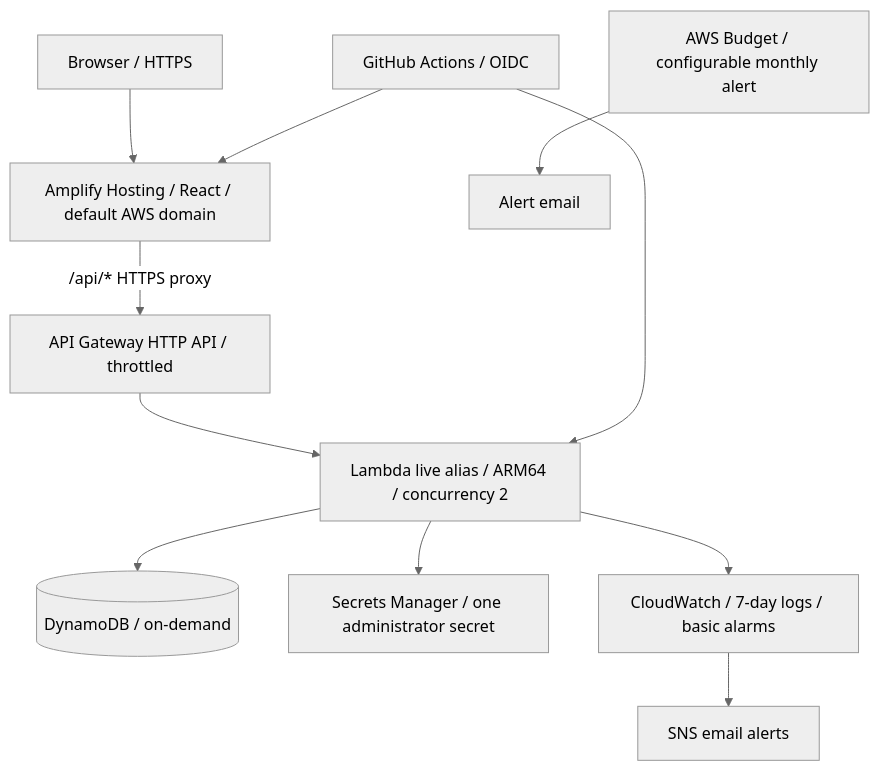
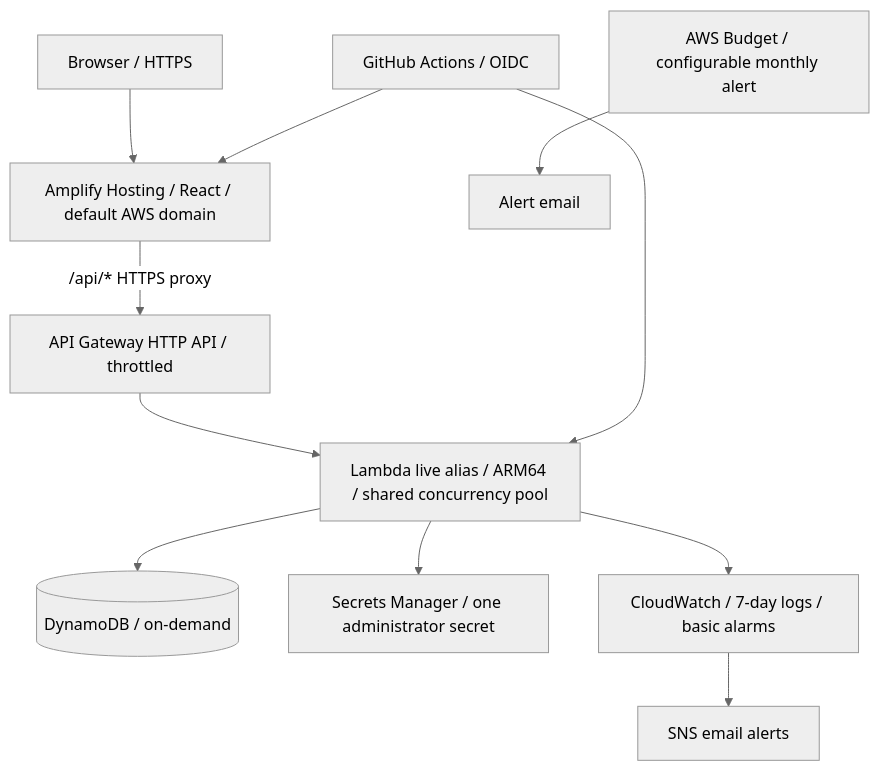
One commit to sakthisaravanan8531-hue/employee-app changed the diagram in README.md. Above: the diagram before and after it, drawn with Mermaid (neutral theme). The commit also changed 11 other files, not shown here.

Commit message:
Support low-quota Lambda accounts without reserved concurrency

````diff
--- a/README.md
+++ b/README.md
@@ -45,13 +45,13 @@
 ```mermaid
 flowchart TD
  Browser[Browser / HTTPS] --> Amplify[Amplify Hosting / React / default AWS domain]
  Amplify -->|"/api/* HTTPS proxy"| API[API Gateway HTTP API / throttled]
- API --> Alias[Lambda live alias / ARM64 / concurrency 2]
+ API --> Alias[Lambda live alias / ARM64 / shared concurrency pool]
  Alias --> DB[(DynamoDB / on-demand)]
  Alias --> Secret[Secrets Manager / one administrator secret]
  Alias --> Logs[CloudWatch / 7-day logs / basic alarms]
  Logs --> SNS[SNS email alerts]
  GitHub[GitHub Actions / OIDC] --> Alias
  GitHub --> Amplify
  Budget[AWS Budget / configurable monthly alert] --> Email[Alert email]
 ```
````
